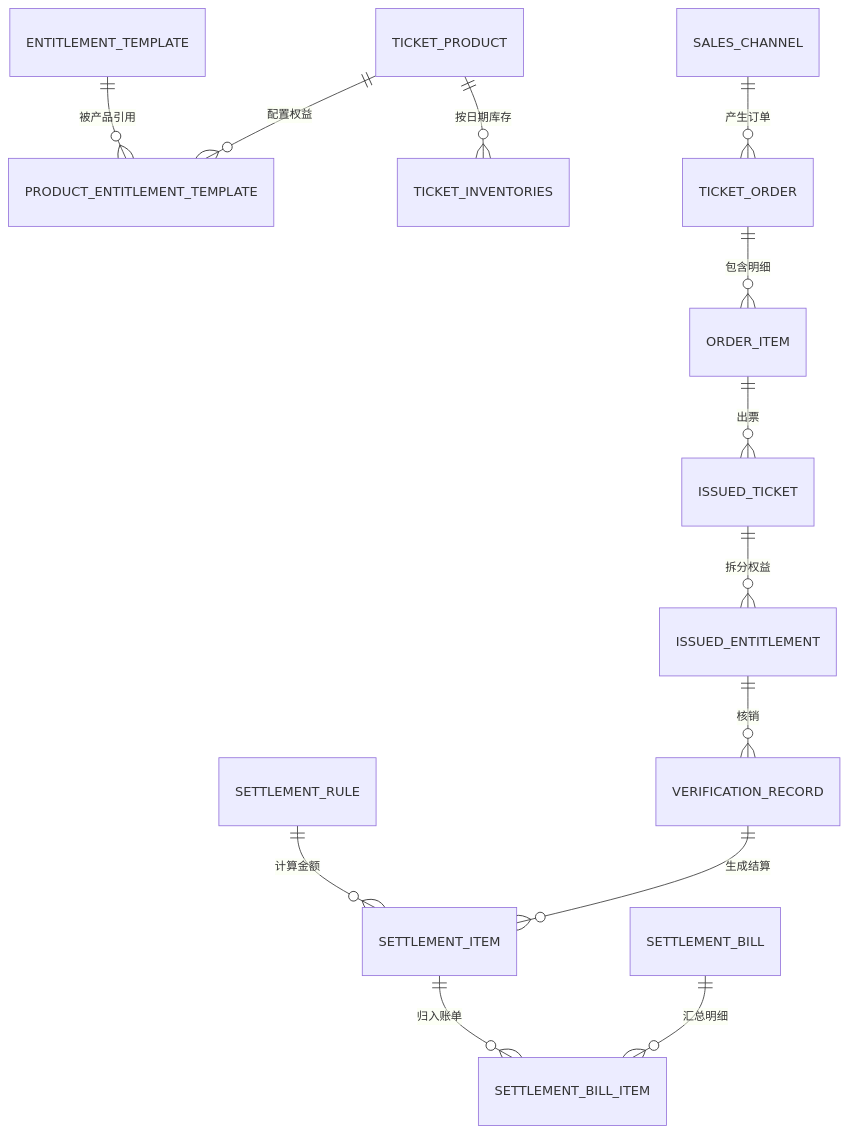
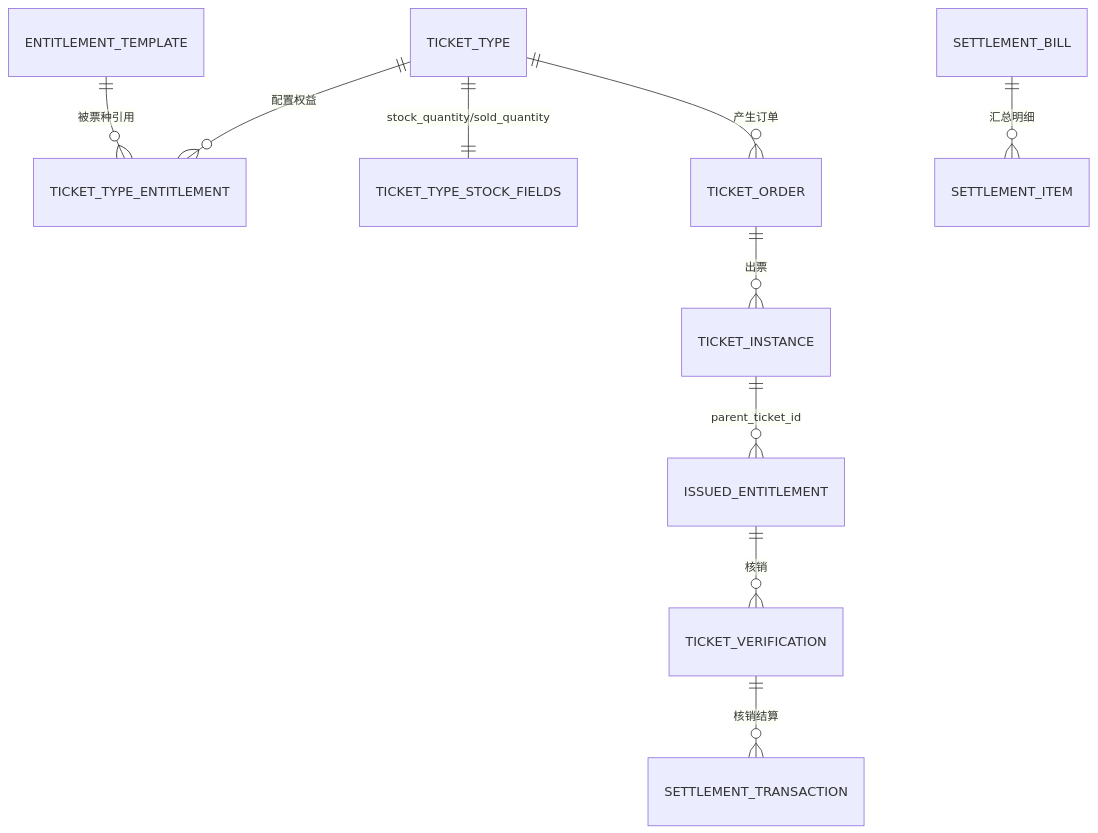
Before and after one commit to jxh1979/mall: the first of 4 diagrams in docs/ticketing-pass-entitlement-development-design.md, drawn with Mermaid. The commit also changed other lines of this file and 5 other files, not shown here.

````diff
--- a/docs/ticketing-pass-entitlement-development-design.md
+++ b/docs/ticketing-pass-entitlement-development-design.md
@@ -118,15 +117,12 @@
 ```mermaid
 erDiagram
-    TICKET_PRODUCT ||--o{ PRODUCT_ENTITLEMENT_TEMPLATE : "配置权益"
-    ENTITLEMENT_TEMPLATE ||--o{ PRODUCT_ENTITLEMENT_TEMPLATE : "被产品引用"
-    TICKET_PRODUCT ||--o{ TICKET_INVENTORIES : "按日期库存"
-    SALES_CHANNEL ||--o{ TICKET_ORDER : "产生订单"
-    TICKET_ORDER ||--o{ ORDER_ITEM : "包含明细"
-    ORDER_ITEM ||--o{ ISSUED_TICKET : "出票"
-    ISSUED_TICKET ||--o{ ISSUED_ENTITLEMENT : "拆分权益"
-    ISSUED_ENTITLEMENT ||--o{ VERIFICATION_RECORD : "核销"
-    VERIFICATION_RECORD ||--o{ SETTLEMENT_ITEM : "生成结算"
-    SETTLEMENT_RULE ||--o{ SETTLEMENT_ITEM : "计算金额"
-    SETTLEMENT_BILL ||--o{ SETTLEMENT_BILL_ITEM : "汇总明细"
-    SETTLEMENT_ITEM ||--o{ SETTLEMENT_BILL_ITEM : "归入账单"
+    TICKET_TYPE ||--o{ TICKET_TYPE_ENTITLEMENT : "配置权益"
+    ENTITLEMENT_TEMPLATE ||--o{ TICKET_TYPE_ENTITLEMENT : "被票种引用"
+    TICKET_TYPE ||--|| TICKET_TYPE_STOCK_FIELDS : "stock_quantity/sold_quantity"
+    TICKET_TYPE ||--o{ TICKET_ORDER : "产生订单"
+    TICKET_ORDER ||--o{ TICKET_INSTANCE : "出票"
+    TICKET_INSTANCE ||--o{ ISSUED_ENTITLEMENT : "parent_ticket_id"
+    ISSUED_ENTITLEMENT ||--o{ TICKET_VERIFICATION : "核销"
+    TICKET_VERIFICATION ||--o{ SETTLEMENT_TRANSACTION : "核销结算"
+    SETTLEMENT_BILL ||--o{ SETTLEMENT_ITEM : "汇总明细"
 ```
````
